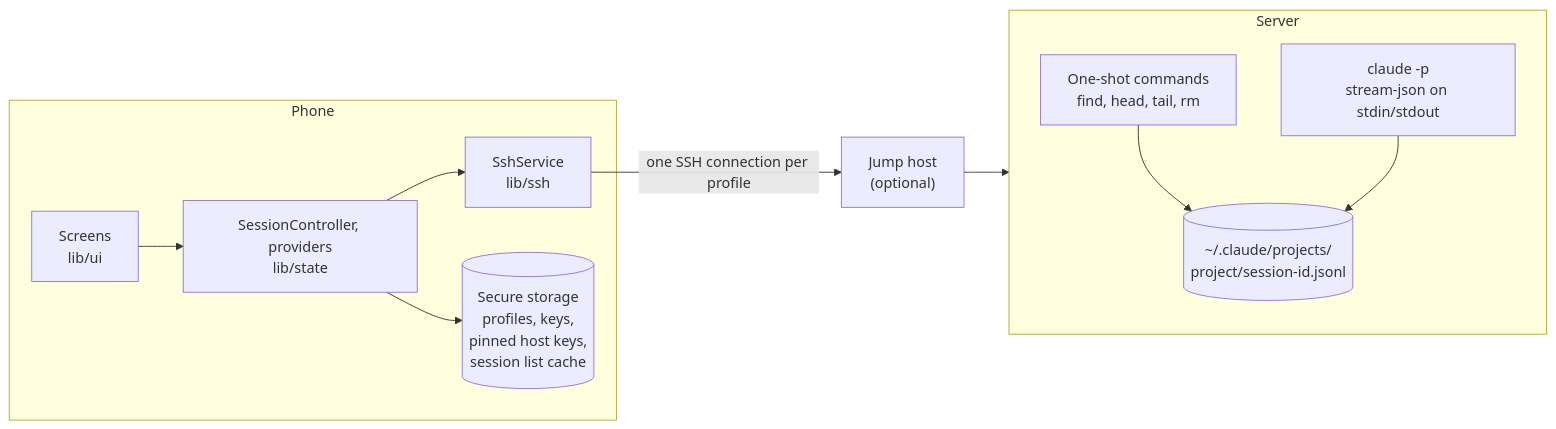
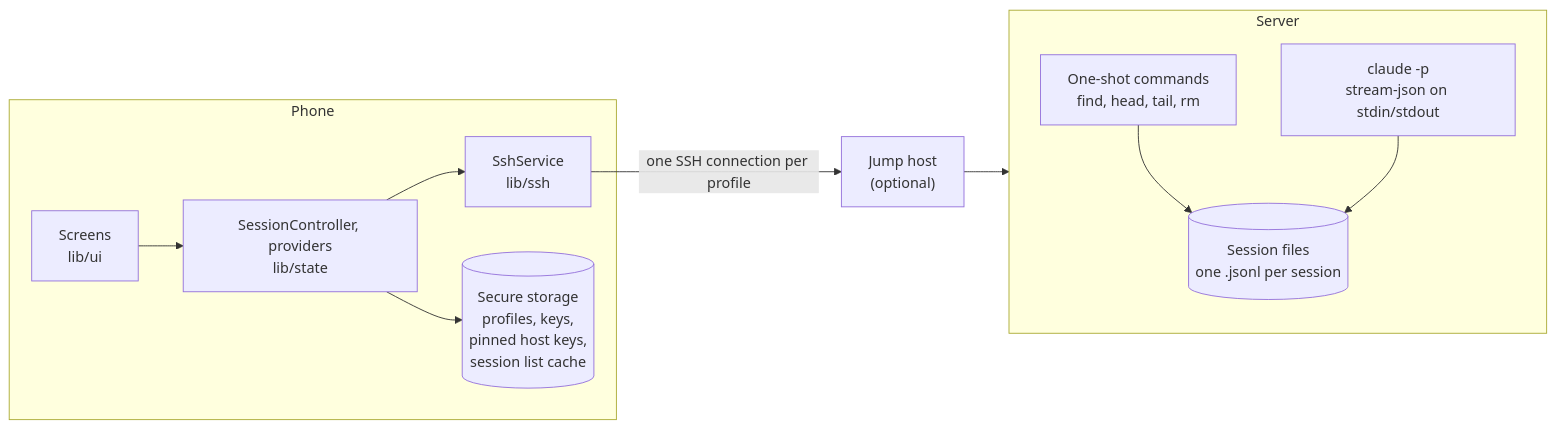
One commit to stephaneHerraiz/claude-mobile changed the first of 5 diagrams in README.md. Above: the diagram before and after it, drawn with Mermaid. The commit also changed other lines of this file, not shown here.

First line of the commit message:
docs: keep shell syntax out of the README diagrams

````diff
--- a/README.md
+++ b/README.md
@@ -30,23 +30,23 @@
 ```mermaid
 flowchart LR
   subgraph phone["Phone"]
     ui["Screens<br/>lib/ui"]
     state["SessionController, providers<br/>lib/state"]
     ssh["SshService<br/>lib/ssh"]
     store[("Secure storage<br/>profiles, keys,<br/>pinned host keys,<br/>session list cache")]
     ui --> state --> ssh
     state --> store
   end
 
   jump["Jump host<br/>(optional)"]
 
   subgraph server["Server"]
     cmds["One-shot commands<br/>find, head, tail, rm"]
     claude["claude -p<br/>stream-json on stdin/stdout"]
-    files[("~/.claude/projects/<br/>project/session-id.jsonl")]
+    files[("Session files<br/>one .jsonl per session")]
     cmds --> files
     claude --> files
   end
 
   ssh -- "one SSH connection per profile" --> jump --> server
 ```
````
